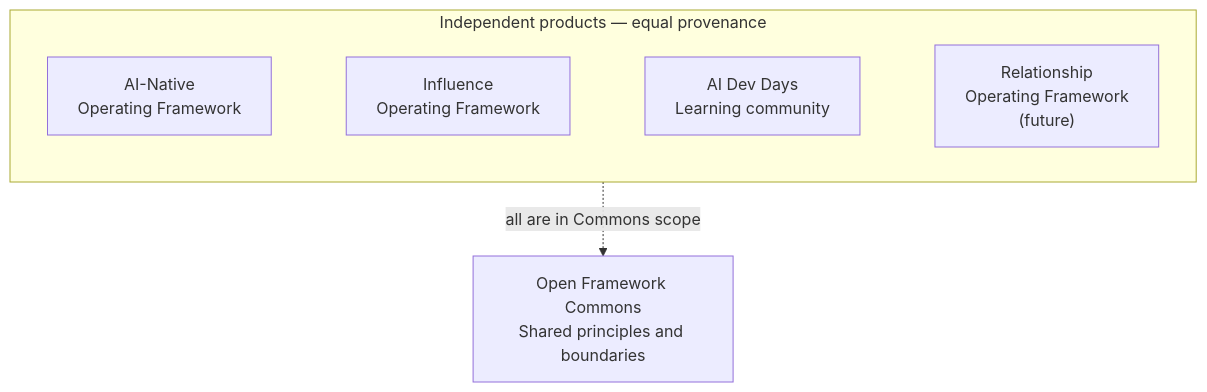
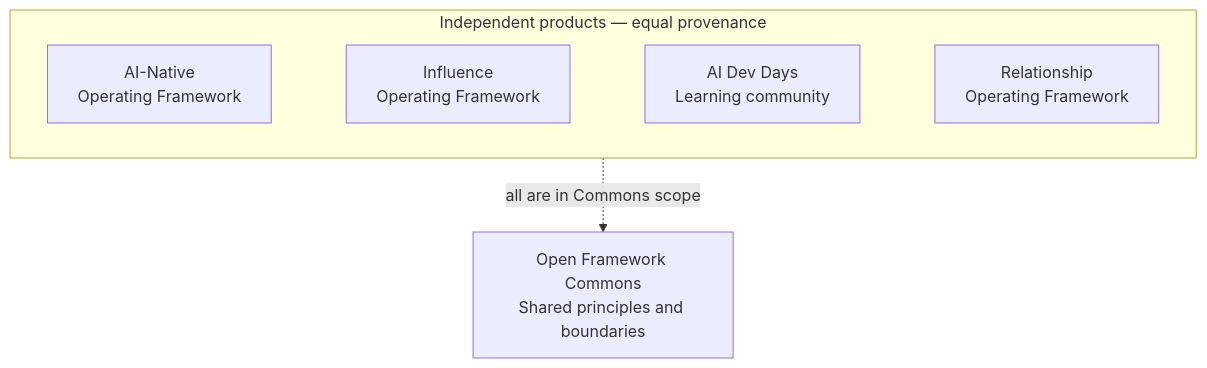
The diagram in README.md (BradGroux/open-framework-commons), drawn with Mermaid before and after one commit. The commit also changed other lines of this file and 4 other files, not shown here.

Commit message:
docs: recognize active Relationship framework

````diff
--- a/README.md
+++ b/README.md
@@ -20,18 +20,18 @@
 ```mermaid
 flowchart TB
   subgraph products["Independent products — equal provenance"]
     direction LR
     native["AI-Native<br/>Operating Framework"]
     influence["Influence<br/>Operating Framework"]
     devdays["AI Dev Days<br/>Learning community"]
-    relationship["Relationship<br/>Operating Framework<br/>(future)"]
+    relationship["Relationship<br/>Operating Framework"]
 
     native ~~~ influence
     influence ~~~ devdays
     devdays ~~~ relationship
   end
 
   commons["Open Framework Commons<br/>Shared principles and boundaries"]
 
   products -. "all are in Commons scope" .-> commons
 ```
````
